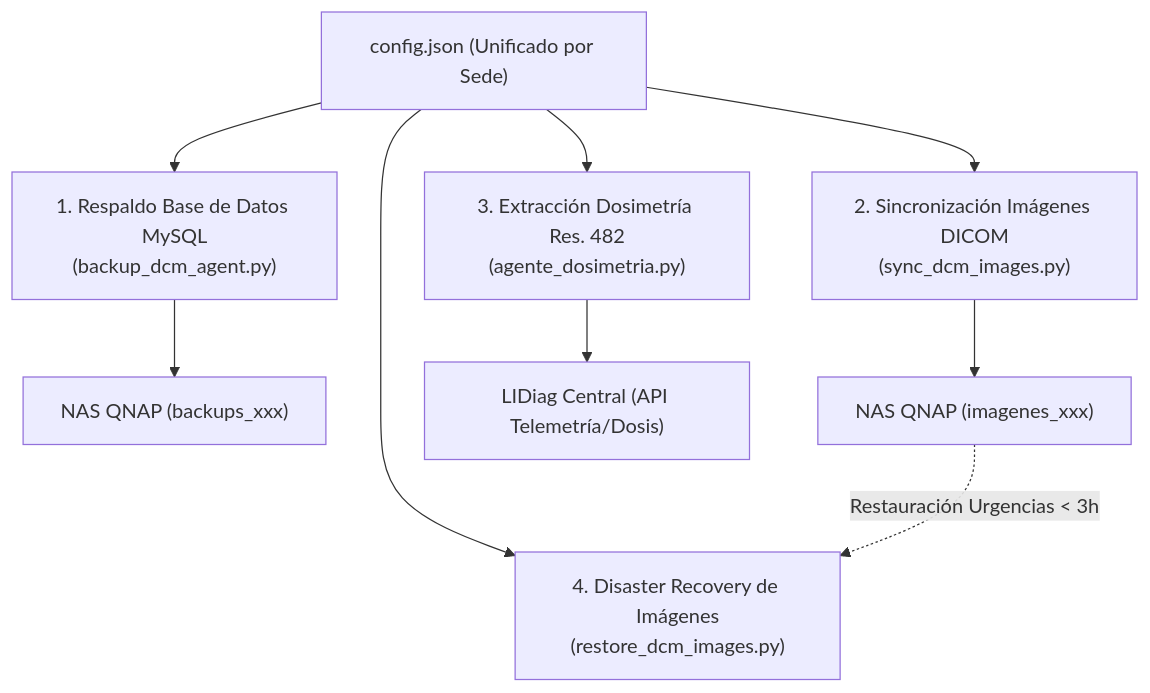
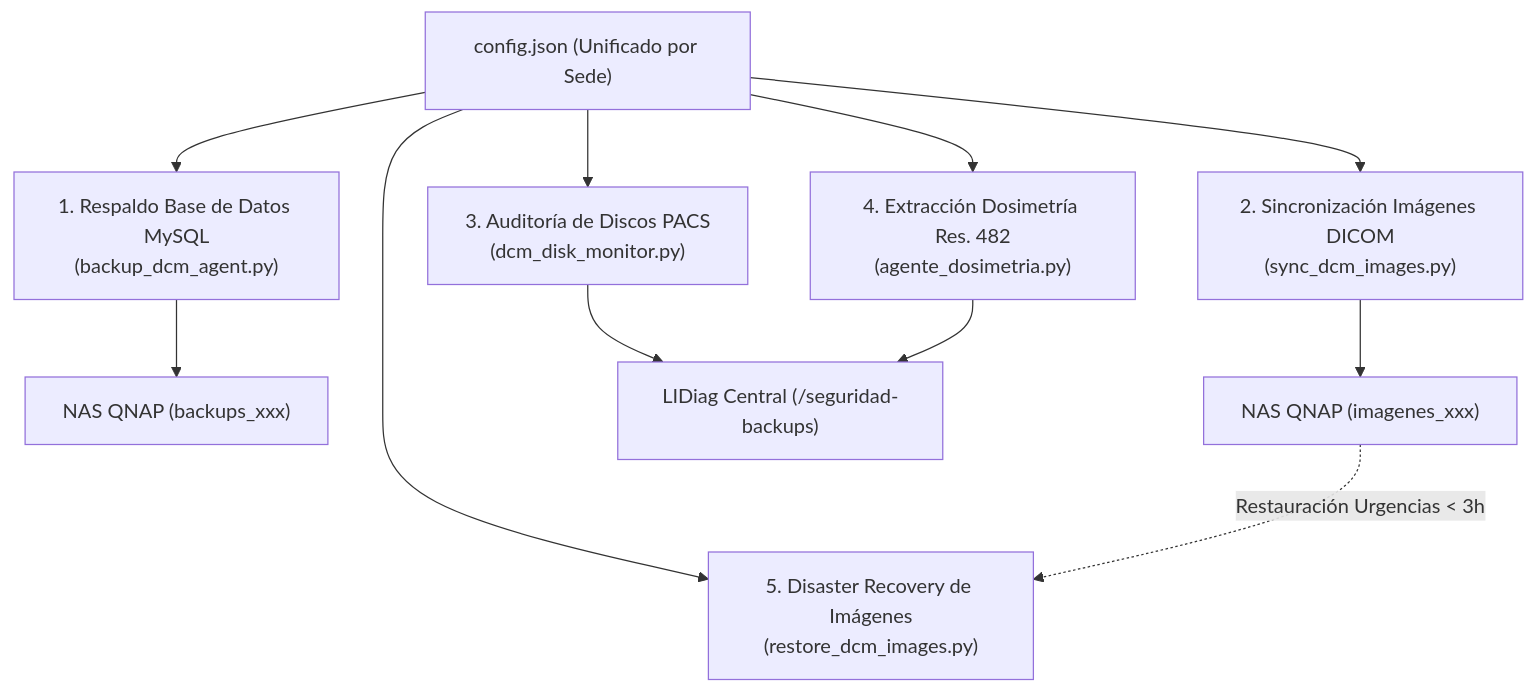
Before and after one commit to soportesaludtolimaips/lidiag: the diagram in storage/app_lidiag/agente_backups_dcm/README.md, drawn with Mermaid. The commit also changed other lines of this file and 4 other files, not shown here.

Commit message:
docs(backups): actualizar readmes del agente e incorporar manual de monitor de discos

````diff
--- a/storage/app_lidiag/agente_backups_dcm/README.md
+++ b/storage/app_lidiag/agente_backups_dcm/README.md
@@ -6,12 +6,14 @@
 ```mermaid
 flowchart TD
     CONFIG["config.json (Unificado por Sede)"] --> AG1["1. Respaldo Base de Datos MySQL<br/>(backup_dcm_agent.py)"]
     CONFIG --> AG2["2. Sincronización Imágenes DICOM<br/>(sync_dcm_images.py)"]
-    CONFIG --> AG3["3. Extracción Dosimetría Res. 482<br/>(agente_dosimetria.py)"]
-    CONFIG --> AG4["4. Disaster Recovery de Imágenes<br/>(restore_dcm_images.py)"]
+    CONFIG --> AG3["3. Auditoría de Discos PACS<br/>(dcm_disk_monitor.py)"]
+    CONFIG --> AG4["4. Extracción Dosimetría Res. 482<br/>(agente_dosimetria.py)"]
+    CONFIG --> AG5["5. Disaster Recovery de Imágenes<br/>(restore_dcm_images.py)"]
 
     AG1 --> NAS1["NAS QNAP (backups_xxx)"]
     AG2 --> NAS2["NAS QNAP (imagenes_xxx)"]
-    AG3 --> CENTRAL["LIDiag Central (API Telemetría/Dosis)"]
-    NAS2 -.->|Restauración Urgencias < 3h| AG4
+    AG3 --> CENTRAL["LIDiag Central (/seguridad-backups)"]
+    AG4 --> CENTRAL
+    NAS2 -.->|Restauración Urgencias < 3h| AG5
 ```
````
